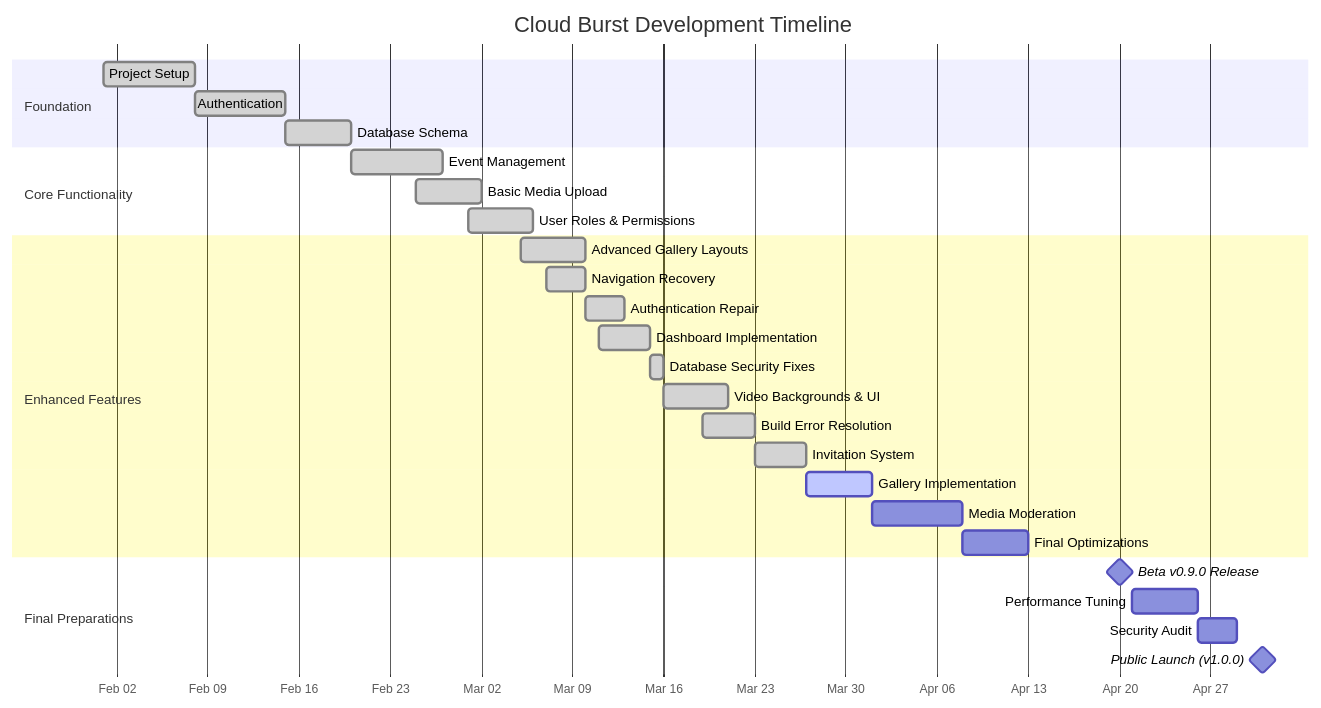
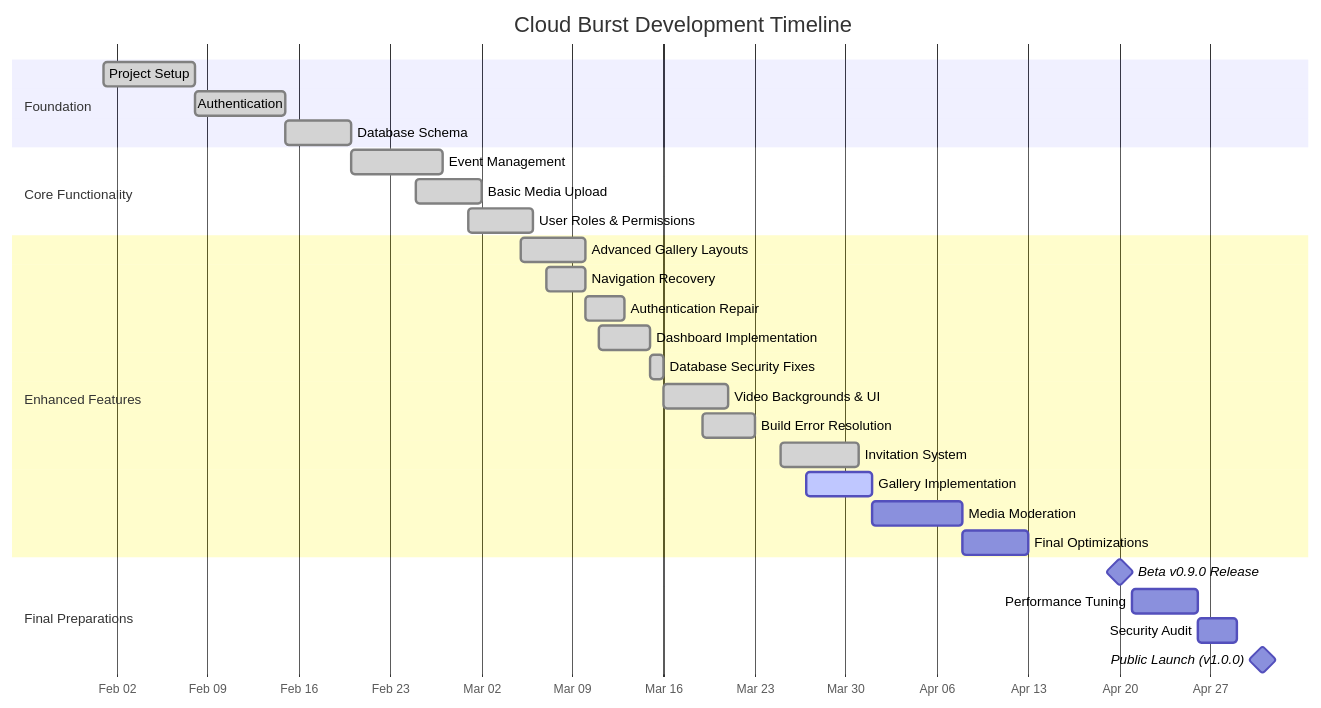
One commit to mrj0nesmtl/cloud-burst changed the first of 2 diagrams in docs/planning/roadmap.md. Above: the diagram before and after it, drawn with Mermaid. The commit also changed other lines of this file and 42 other files, not shown here.

````diff
--- a/docs/planning/roadmap.md
+++ b/docs/planning/roadmap.md
@@ -130,35 +132,35 @@
 ```mermaid
 gantt
     title Cloud Burst Development Timeline
     dateFormat  YYYY-MM-DD
     axisFormat %b %d
     
     section Foundation
     Project Setup           :done, f1, 2025-02-01, 7d
     Authentication          :done, f2, 2025-02-08, 7d
     Database Schema         :done, f3, 2025-02-15, 5d
     
     section Core Functionality
     Event Management        :done, c1, 2025-02-20, 7d
     Basic Media Upload      :done, c2, 2025-02-25, 5d
     User Roles & Permissions:done, c3, 2025-03-01, 5d
     
     section Enhanced Features
     Advanced Gallery Layouts:done, e1, 2025-03-05, 5d
     Navigation Recovery     :done, e2, 2025-03-07, 3d
     Authentication Repair   :done, e3, 2025-03-10, 3d
     Dashboard Implementation:done, e4, 2025-03-11, 4d
     Database Security Fixes :done, e5, 2025-03-15, 1d
     Video Backgrounds & UI  :done, e6, 2025-03-16, 5d
     Build Error Resolution  :done, e7, 2025-03-19, 4d
-    Invitation System       :done, e8, 2025-03-23, 4d
+    Invitation System       :done, e8, 2025-03-25, 6d
     Gallery Implementation  :active, e9, 2025-03-27, 5d
     Media Moderation        :e10, 2025-04-01, 7d
     Final Optimizations     :e11, 2025-04-08, 5d
     
     section Final Preparations
     Beta v0.9.0 Release     :milestone, b1, 2025-04-20, 0d
     Performance Tuning      :o1, 2025-04-21, 5d
     Security Audit          :o2, 2025-04-26, 3d
     Public Launch (v1.0.0)  :milestone, l3, 2025-05-01, 0d
 ```
````
